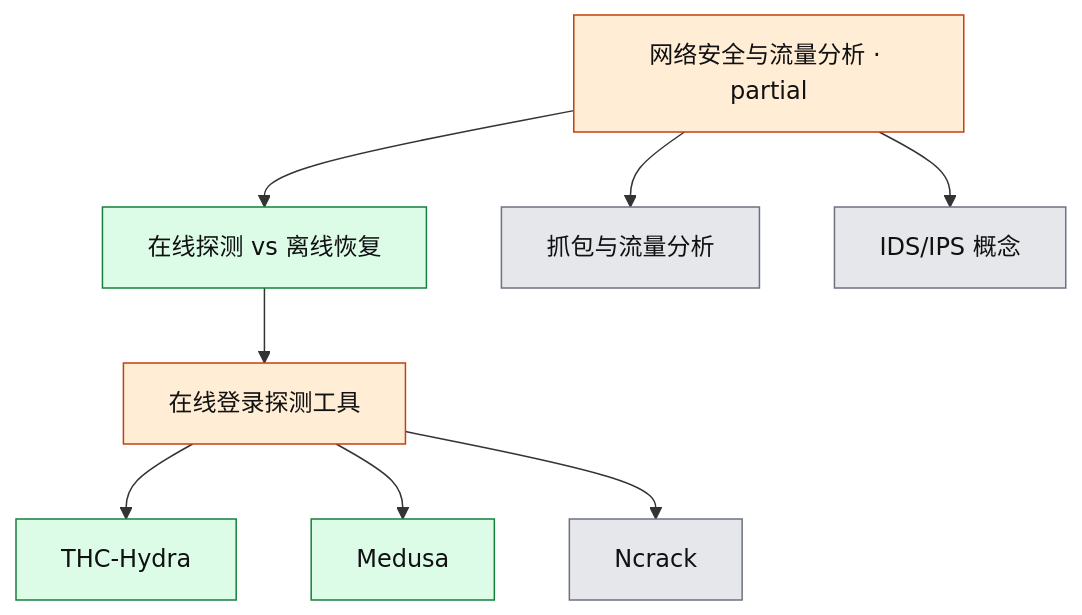
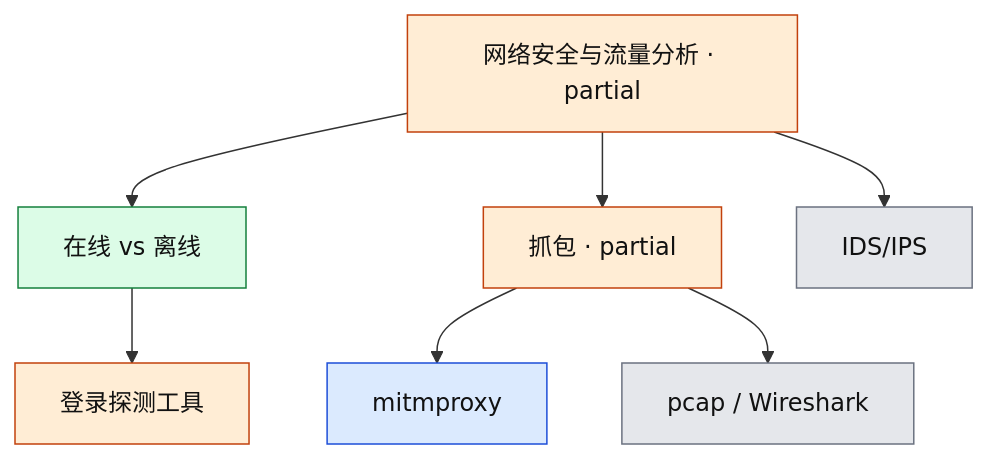
Before and after one commit to HubBoys/cybersec-knowledge: the diagram in domains/network-security/README.md, drawn with Mermaid. The commit also changed other lines of this file and 11 other files, not shown here.

````diff
--- a/domains/network-security/README.md
+++ b/domains/network-security/README.md
@@ -17,26 +19,26 @@
 ```mermaid
 flowchart TB
   classDef uncovered fill:#e5e7eb,stroke:#6b7280,color:#111
   classDef covered fill:#dcfce7,stroke:#15803d,color:#111
+  classDef practiced fill:#dbeafe,stroke:#1d4ed8,color:#111
   classDef partial fill:#ffedd5,stroke:#c2410c,color:#111
 
   NET[网络安全与流量分析 · partial]
-  DIFF[在线探测 vs 离线恢复]
-  PROBE[在线登录探测工具]
-  H[THC-Hydra]
-  M[Medusa]
-  NC[Ncrack]
-  PKT[抓包与流量分析]
-  IDS[IDS/IPS 概念]
+  DIFF[在线 vs 离线]
+  PROBE[登录探测工具]
+  PKT[抓包 · partial]
+  MITM[mitmproxy]
+  PCAP[pcap / Wireshark]
+  IDS[IDS/IPS]
 
   NET --> DIFF --> PROBE
-  PROBE --> H
-  PROBE --> M
-  PROBE --> NC
   NET --> PKT
+  PKT --> MITM
+  PKT --> PCAP
   NET --> IDS
 
-  class DIFF,H,M covered
-  class NC,PKT,IDS uncovered
-  class NET,PROBE partial
+  class DIFF covered
+  class MITM practiced
+  class PCAP,IDS uncovered
+  class NET,PROBE,PKT partial
 ```
````
